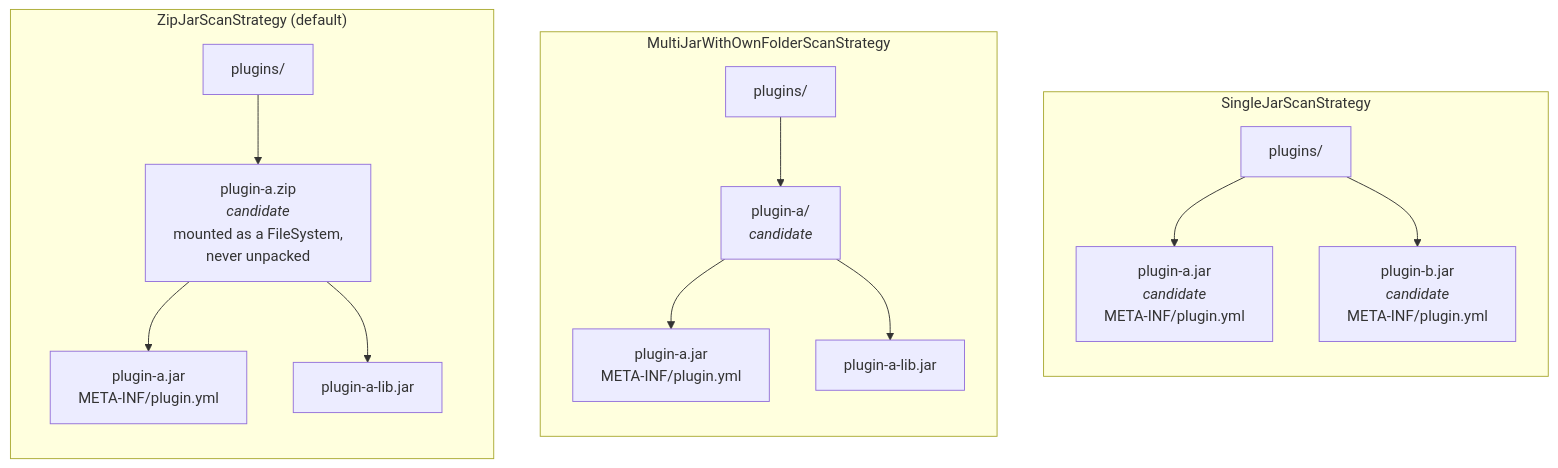
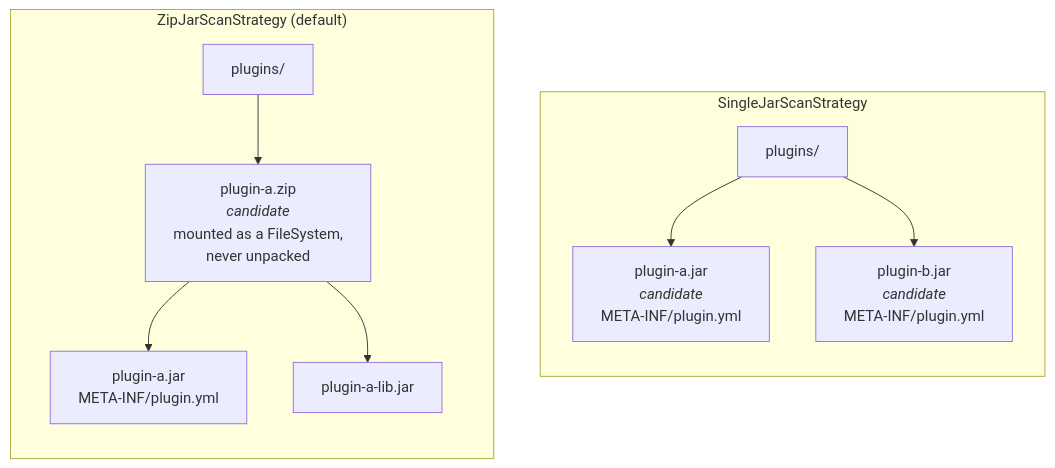
One commit to KleinerHacker/pluggiat changed the diagram in docs/docs/host-integration/setup.md. Above: the diagram before and after it, drawn with Mermaid. The commit also changed other lines of this file and 84 other files, not shown here.

Commit message:
Remove support for multi-JAR plugin scanning and related checksum security logic.

````diff
--- a/docs/docs/host-integration/setup.md
+++ b/docs/docs/host-integration/setup.md
@@ -34,22 +34,15 @@
 ```mermaid
 flowchart TD
     subgraph Single["SingleJarScanStrategy"]
         direction TB
         SDir["plugins/"] --> SA["plugin-a.jar<br/><i>candidate</i><br/>META-INF/plugin.yml"]
         SDir --> SB["plugin-b.jar<br/><i>candidate</i><br/>META-INF/plugin.yml"]
-    end
-
-    subgraph Multi["MultiJarWithOwnFolderScanStrategy"]
-        direction TB
-        MDir["plugins/"] --> MF["plugin-a/<br/><i>candidate</i>"]
-        MF --> MA["plugin-a.jar<br/>META-INF/plugin.yml"]
-        MF --> ML["plugin-a-lib.jar"]
     end
 
     subgraph Zip["ZipJarScanStrategy (default)"]
         direction TB
         ZDir["plugins/"] --> ZZ["plugin-a.zip<br/><i>candidate</i><br/>mounted as a FileSystem,<br/>never unpacked"]
         ZZ --> ZA["plugin-a.jar<br/>META-INF/plugin.yml"]
         ZZ --> ZL["plugin-a-lib.jar"]
     end
 ```
````
